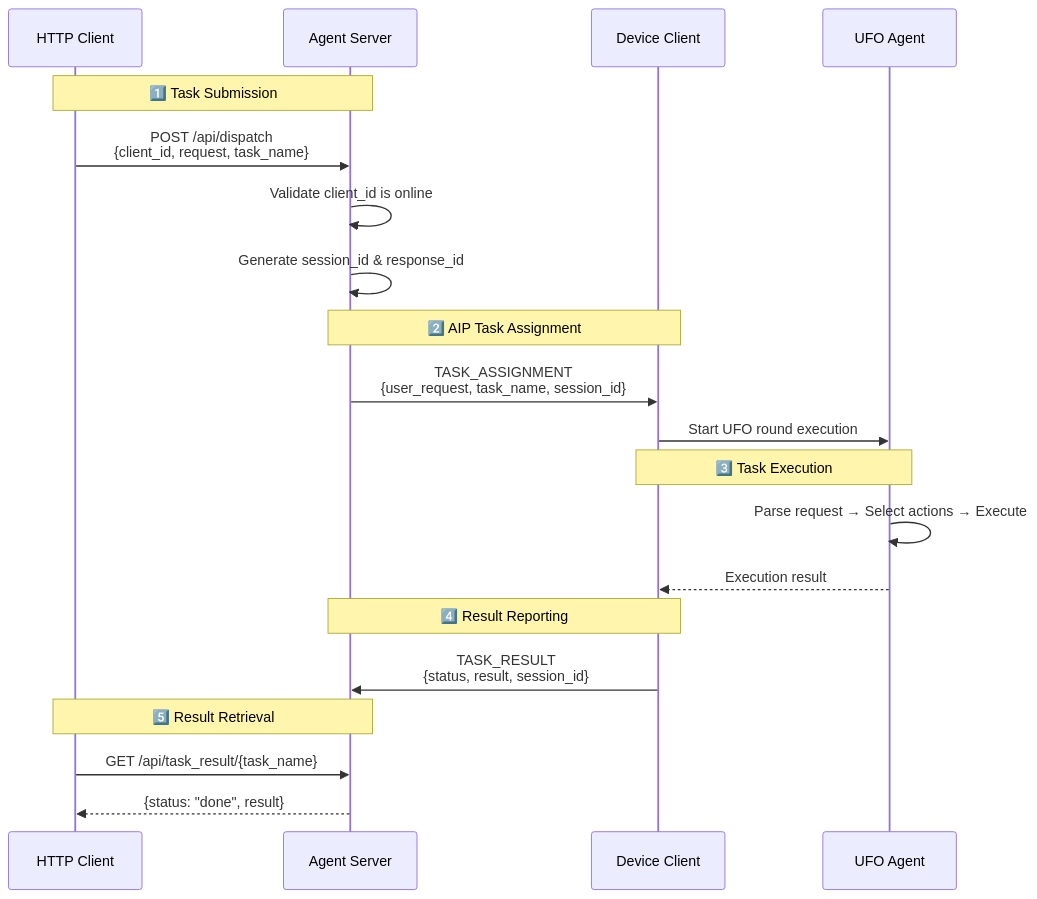
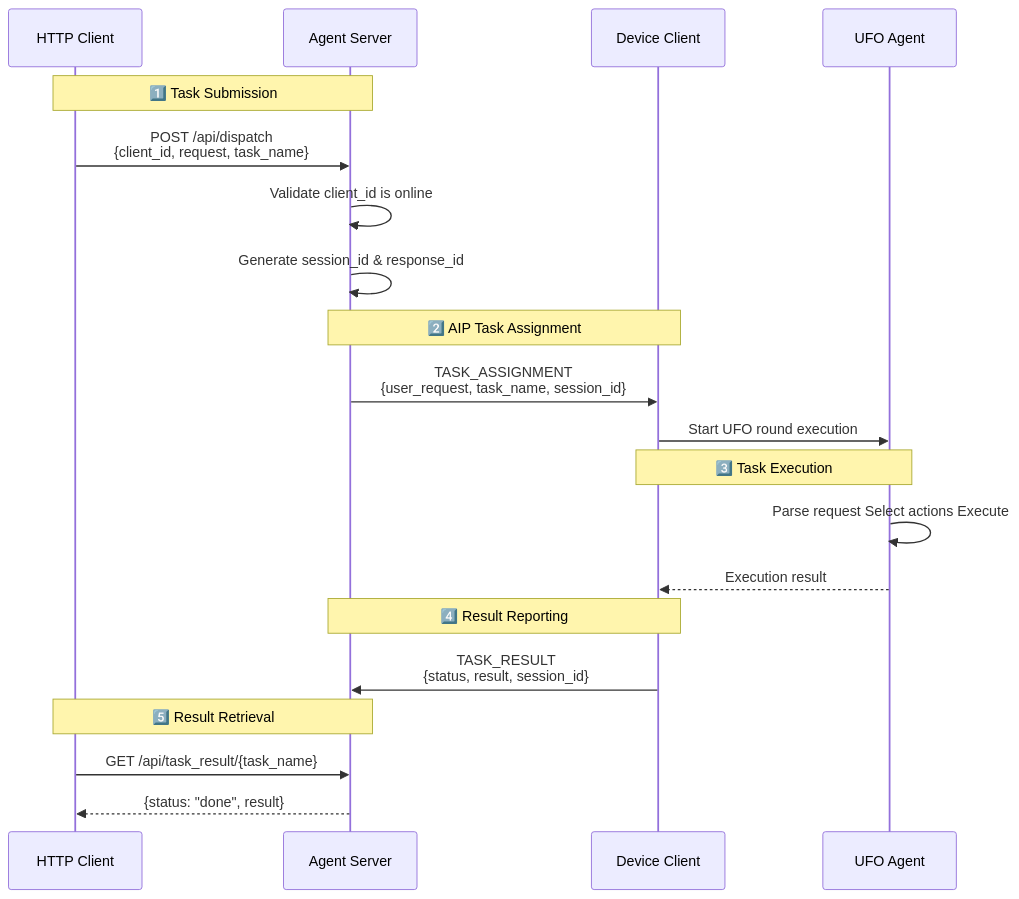
One commit to microsoft/UFO changed the second of 2 diagrams in documents/docs/server/quick_start.md. Above: the diagram before and after it, drawn with Mermaid. The commit also changed other lines of this file and 8 other files, not shown here.

````diff
--- a/documents/docs/server/quick_start.md
+++ b/documents/docs/server/quick_start.md
@@ -310,27 +310,27 @@
 ```mermaid
 sequenceDiagram
     participant API as HTTP Client
     participant S as Agent Server
     participant D as Device Client
     participant U as UFO Agent
     
     Note over API,S: 1️⃣ Task Submission
     API->>S: POST /api/dispatch<br/>{client_id, request, task_name}
     S->>S: Validate client_id is online
     S->>S: Generate session_id & response_id
     
     Note over S,D: 2️⃣ AIP Task Assignment
     S->>D: TASK_ASSIGNMENT<br/>{user_request, task_name, session_id}
     D->>U: Start UFO round execution
     
     Note over D,U: 3️⃣ Task Execution
-    U->>U: Parse request → Select actions → Execute
+    U->>U: Parse request Select actions Execute
     U-->>D: Execution result
     
     Note over D,S: 4️⃣ Result Reporting
     D->>S: TASK_RESULT<br/>{status, result, session_id}
     
     Note over API,S: 5️⃣ Result Retrieval
     API->>S: GET /api/task_result/{task_name}
     S-->>API: {status: "done", result}
 ```
````
